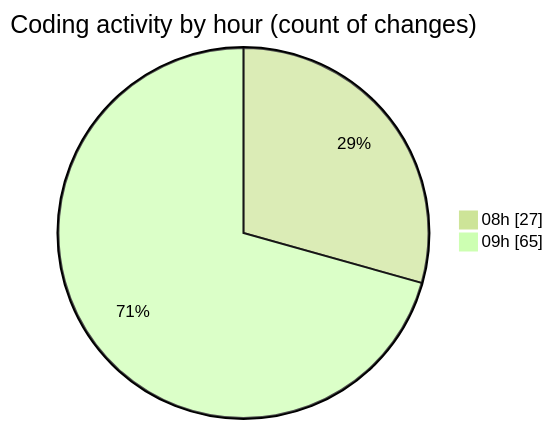
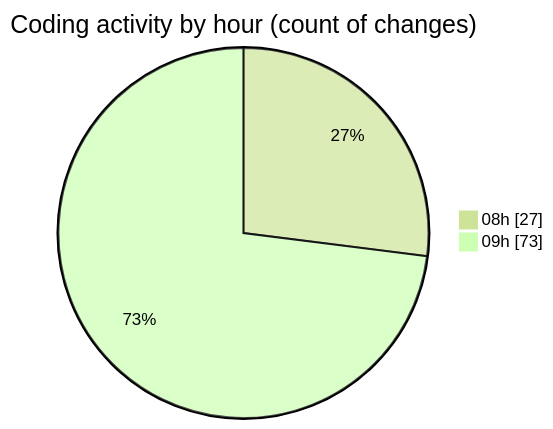
The second of 2 diagrams in 2025-01-03/nextjs-webllm/README.md (ernivani/code-tracking), drawn with Mermaid (forest theme) before and after one commit. The commit also changed other lines of this file and 5 other files, not shown here.

````diff
--- a/2025-01-03/nextjs-webllm/README.md
+++ b/2025-01-03/nextjs-webllm/README.md
@@ -58,6 +60,6 @@
 ```mermaid
 pie showData
 title Coding activity by hour (count of changes)
 "08h" : 27
-"09h" : 65
+"09h" : 73
 ```
````
